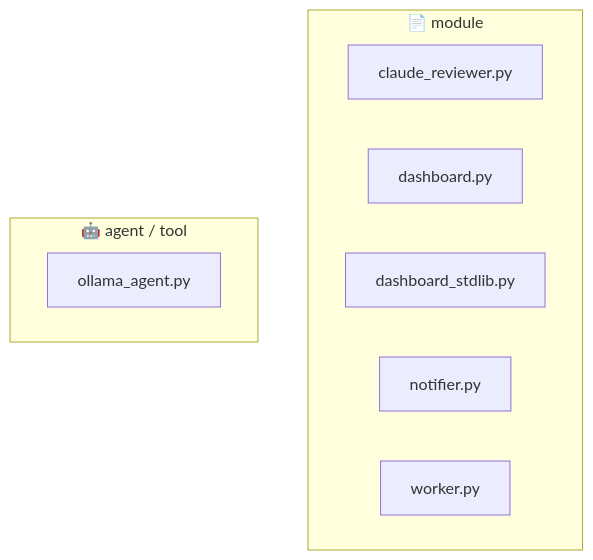
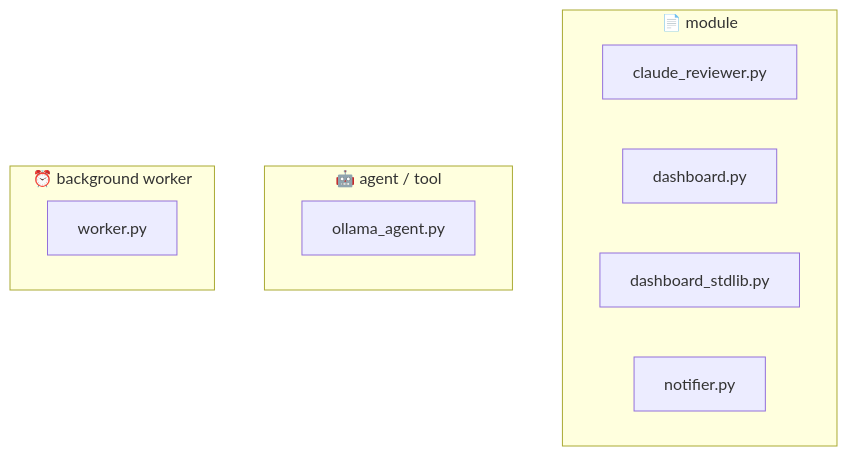
One commit to PraveenAsthana123/circuitRAG changed the third of 8 diagrams in ops_worker/README.md. Above: the diagram before and after it, drawn with Mermaid. The commit also changed other lines of this file and 23 other files, not shown here.

````diff
--- a/ops_worker/README.md
+++ b/ops_worker/README.md
@@ -129,13 +173,15 @@
 ```mermaid
 flowchart TB
     subgraph __module["📄 module"]
         claude_reviewer_py["claude_reviewer.py"]
         dashboard_py["dashboard.py"]
         dashboard_stdlib_py["dashboard_stdlib.py"]
         notifier_py["notifier.py"]
-        worker_py["worker.py"]
     end
     subgraph __agent___tool["🤖 agent / tool"]
         ollama_agent_py["ollama_agent.py"]
     end
+    subgraph __background_worker["⏰ background worker"]
+        worker_py["worker.py"]
+    end
 ```
````
